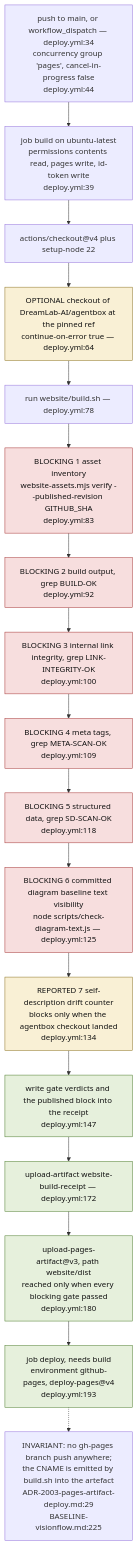
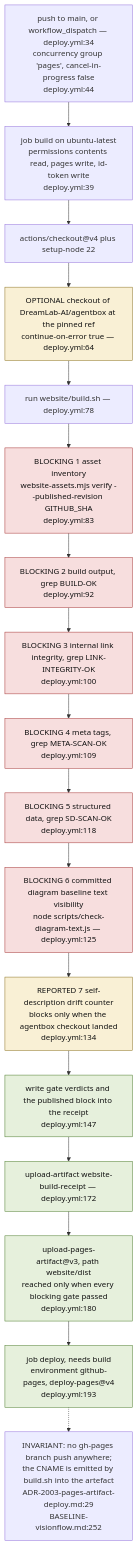
Before and after one commit to DreamLab-AI/VisionFlow: the sixth of 12 diagrams in docs/diagrams/visionflow/02-website-build-and-deploy.md, drawn with Mermaid. The commit also changed other lines of this file and 7 other files, not shown here.

````diff
--- a/docs/diagrams/visionflow/02-website-build-and-deploy.md
+++ b/docs/diagrams/visionflow/02-website-build-and-deploy.md
@@ -186,29 +187,29 @@
 ```mermaid
 flowchart TB
     classDef block fill:#f7dede,stroke:#a33333,color:#111
     classDef report fill:#f9f0d5,stroke:#8a7020,color:#111
     classDef ok fill:#e6f0dc,stroke:#4a7a2a,color:#111
 
     TRIG["push to main, or workflow_dispatch — deploy.yml:34<br/>concurrency group 'pages', cancel-in-progress false<br/>deploy.yml:44"]
     TRIG --> J1["job build on ubuntu-latest<br/>permissions contents read, pages write, id-token write<br/>deploy.yml:39"]
 
     J1 --> CO["actions/checkout@v4 plus setup-node 22"]
     CO --> AB["OPTIONAL checkout of DreamLab-AI/agentbox at the pinned ref<br/>continue-on-error true — deploy.yml:64"]:::report
     AB --> BUILD["run website/build.sh — deploy.yml:78"]
 
     BUILD --> G1["BLOCKING 1 asset inventory<br/>website-assets.mjs verify --published-revision GITHUB_SHA<br/>deploy.yml:83"]:::block
     G1 --> G2["BLOCKING 2 build output, grep BUILD-OK<br/>deploy.yml:92"]:::block
     G2 --> G3["BLOCKING 3 internal link integrity, grep LINK-INTEGRITY-OK<br/>deploy.yml:100"]:::block
     G3 --> G4["BLOCKING 4 meta tags, grep META-SCAN-OK<br/>deploy.yml:109"]:::block
     G4 --> G5["BLOCKING 5 structured data, grep SD-SCAN-OK<br/>deploy.yml:118"]:::block
     G5 --> G6["BLOCKING 6 committed diagram baseline text visibility<br/>node scripts/check-diagram-text.js — deploy.yml:125"]:::block
     G6 --> G7["REPORTED 7 self-description drift counter<br/>blocks only when the agentbox checkout landed<br/>deploy.yml:134"]:::report
 
     G7 --> REC["write gate verdicts and the published block into the receipt<br/>deploy.yml:147"]:::ok
     REC --> UPR["upload-artifact website-build-receipt — deploy.yml:172"]:::ok
     UPR --> UP["upload-pages-artifact@v3, path website/dist<br/>reached only when every blocking gate passed<br/>deploy.yml:180"]:::ok
     UP --> J2["job deploy, needs build<br/>environment github-pages, deploy-pages@v4<br/>deploy.yml:193"]:::ok
 
-    INV["INVARIANT: no gh-pages branch push anywhere;<br/>the CNAME is emitted by build.sh into the artefact<br/>ADR-2003-pages-artifact-deploy.md:29<br/>BASELINE-visionflow.md:225"]
+    INV["INVARIANT: no gh-pages branch push anywhere;<br/>the CNAME is emitted by build.sh into the artefact<br/>ADR-2003-pages-artifact-deploy.md:29<br/>BASELINE-visionflow.md:252"]
     J2 -.-> INV
 ```
````
